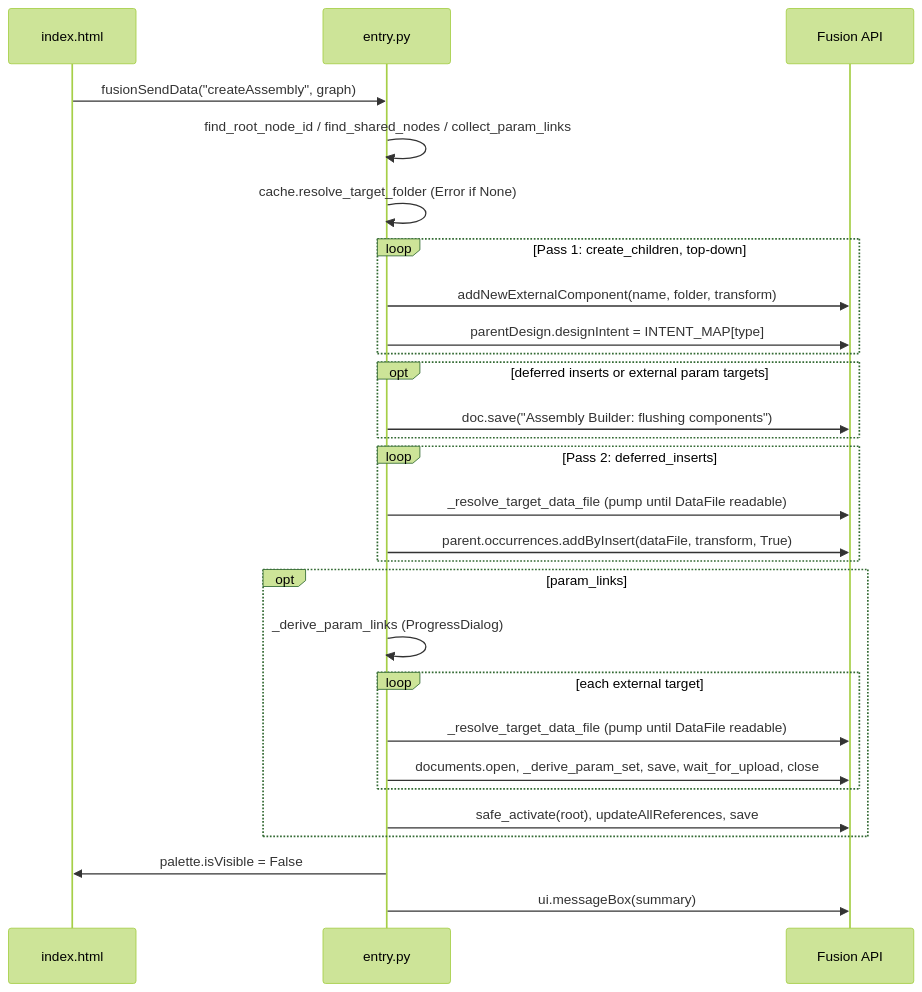
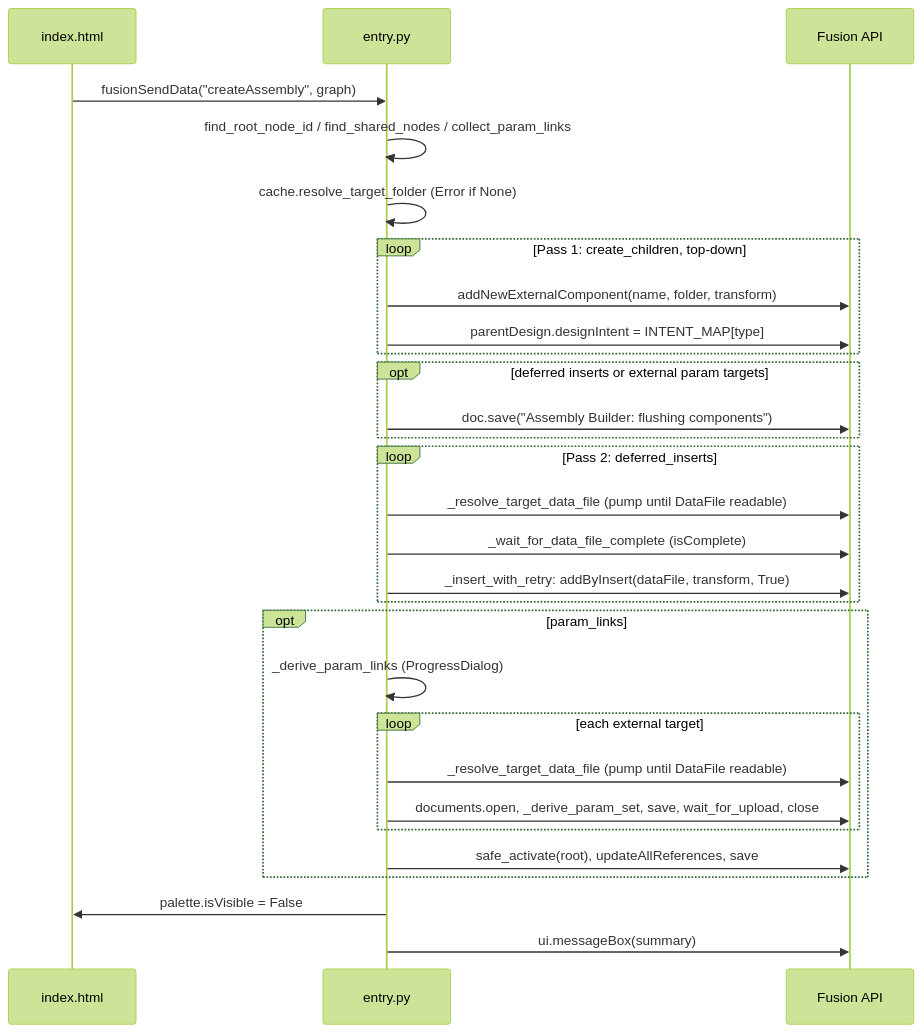
The first of 2 diagrams in docs/arch/Assembly Builder.md (schneik80/PowerTools), drawn with Mermaid (forest theme) before and after one commit. The commit also changed other lines of this file and 5 other files, not shown here.

First line of the commit message:
Assembly Builder: wait for the upload before a shared insert; follow the root name

````diff
--- a/docs/arch/Assembly Builder.md
+++ b/docs/arch/Assembly Builder.md
@@ -179,30 +188,31 @@
 ```mermaid
 sequenceDiagram
     participant Page as index.html
     participant Py as entry.py
     participant F as Fusion API
     Page->>Py: fusionSendData("createAssembly", graph)
     Py->>Py: find_root_node_id / find_shared_nodes / collect_param_links
     Py->>Py: cache.resolve_target_folder (Error if None)
     loop Pass 1: create_children, top-down
         Py->>F: addNewExternalComponent(name, folder, transform)
         Py->>F: parentDesign.designIntent = INTENT_MAP[type]
     end
     opt deferred inserts or external param targets
         Py->>F: doc.save("Assembly Builder: flushing components")
     end
     loop Pass 2: deferred_inserts
         Py->>F: _resolve_target_data_file (pump until DataFile readable)
-        Py->>F: parent.occurrences.addByInsert(dataFile, transform, True)
+        Py->>F: _wait_for_data_file_complete (isComplete)
+        Py->>F: _insert_with_retry: addByInsert(dataFile, transform, True)
     end
     opt param_links
         Py->>Py: _derive_param_links (ProgressDialog)
         loop each external target
             Py->>F: _resolve_target_data_file (pump until DataFile readable)
             Py->>F: documents.open, _derive_param_set, save, wait_for_upload, close
         end
         Py->>F: safe_activate(root), updateAllReferences, save
     end
     Py->>Page: palette.isVisible = False
     Py->>F: ui.messageBox(summary)
 ```
````
